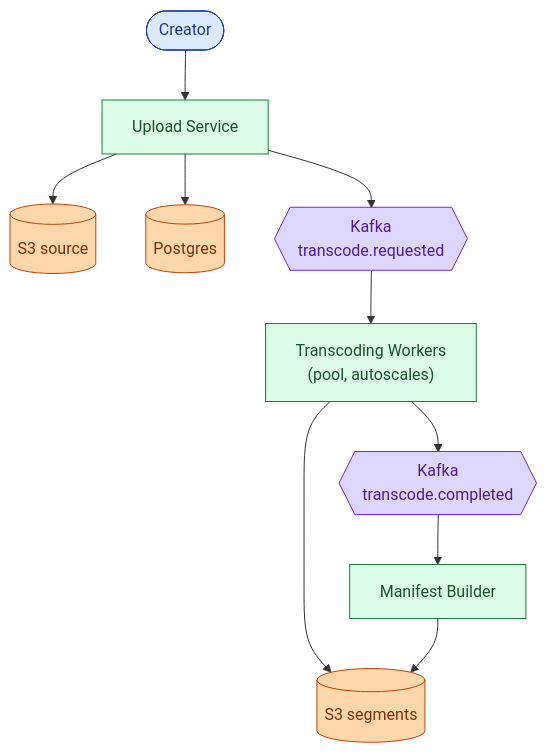
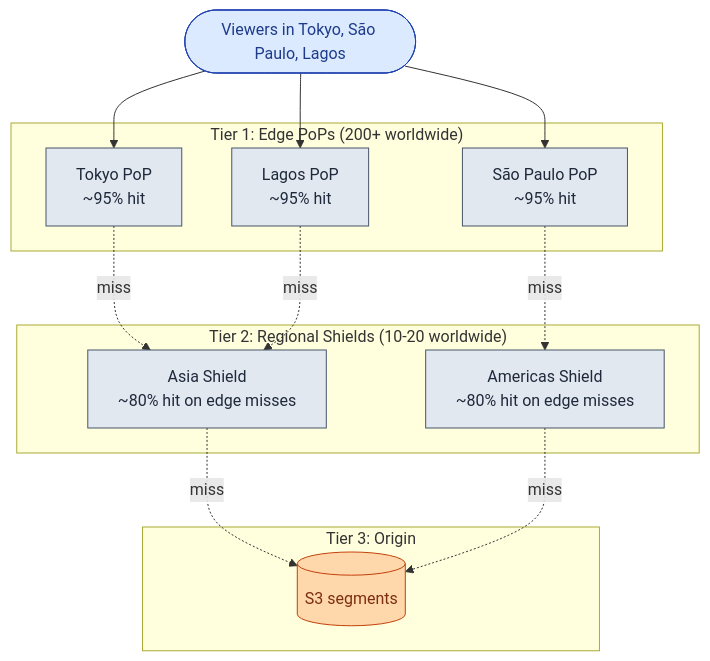
One commit to shiningflash/shiningflash.github.io changed the fifth of 16 diagrams in _practice/system-design/006-video-streaming.md. Above: the diagram before and after it, drawn with Mermaid. The commit also changed other lines of this file and 18 other files, not shown here.

````diff
--- a/_practice/system-design/006-video-streaming.md
+++ b/_practice/system-design/006-video-streaming.md
@@ -238,17 +242,32 @@
 ```mermaid
 flowchart TB
-    C([Creator]):::user --> U["Upload Service"]:::app
-    U --> S3src[("S3 source")]:::db
-    U --> DB[("Postgres")]:::db
-    U --> K{{"Kafka<br/>transcode.requested"}}:::queue
-    K --> TW["Transcoding Workers<br/>(pool, autoscales)"]:::app
-    TW --> S3out[("S3 segments")]:::db
-    TW --> K2{{"Kafka<br/>transcode.completed"}}:::queue
-    K2 --> MB["Manifest Builder"]:::app
-    MB --> S3out
+    V(["Viewers in Tokyo, São Paulo, Lagos"]):::user
+
+    subgraph Tier1["Tier 1: Edge PoPs (200+ worldwide)"]
+        E1["Tokyo PoP<br/>~95% hit"]:::edge
+        E2["São Paulo PoP<br/>~95% hit"]:::edge
+        E3["Lagos PoP<br/>~95% hit"]:::edge
+    end
+
+    subgraph Tier2["Tier 2: Regional Shields (10-20 worldwide)"]
+        SH1["Asia Shield<br/>~80% hit on edge misses"]:::edge
+        SH2["Americas Shield<br/>~80% hit on edge misses"]:::edge
+    end
+
+    subgraph Tier3["Tier 3: Origin"]
+        S3out[("S3 segments")]:::db
+    end
+
+    V --> E1
+    V --> E2
+    V --> E3
+    E1 -.miss.-> SH1
+    E2 -.miss.-> SH2
+    E3 -.miss.-> SH1
+    SH1 -.miss.-> S3out
+    SH2 -.miss.-> S3out
 
     classDef user  fill:#dbeafe,stroke:#1e40af,color:#1e3a8a
-    classDef app   fill:#dcfce7,stroke:#15803d,color:#14532d
+    classDef edge  fill:#e2e8f0,stroke:#475569,color:#1e293b
     classDef db    fill:#fed7aa,stroke:#c2410c,color:#7c2d12
-    classDef queue fill:#ddd6fe,stroke:#6d28d9,color:#4c1d95
 ```
````
